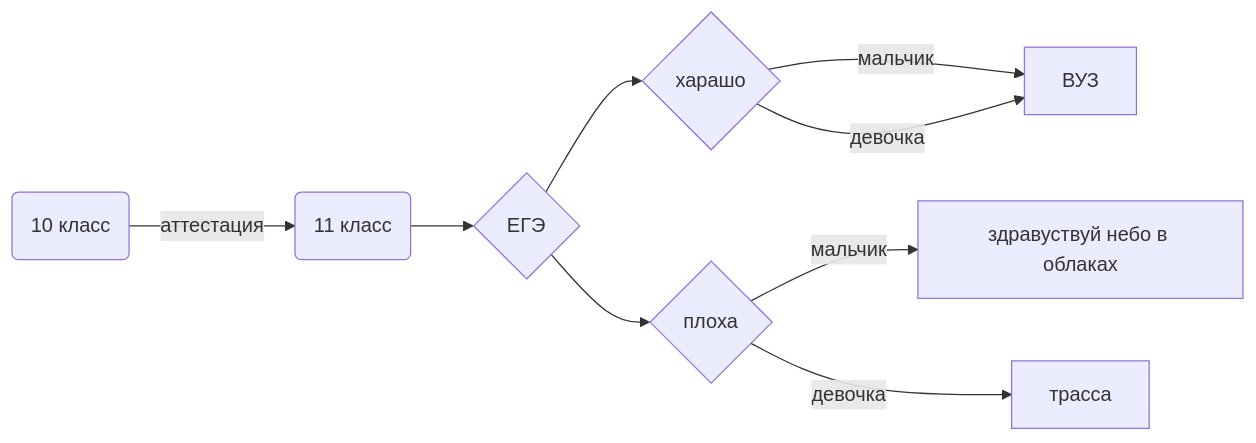
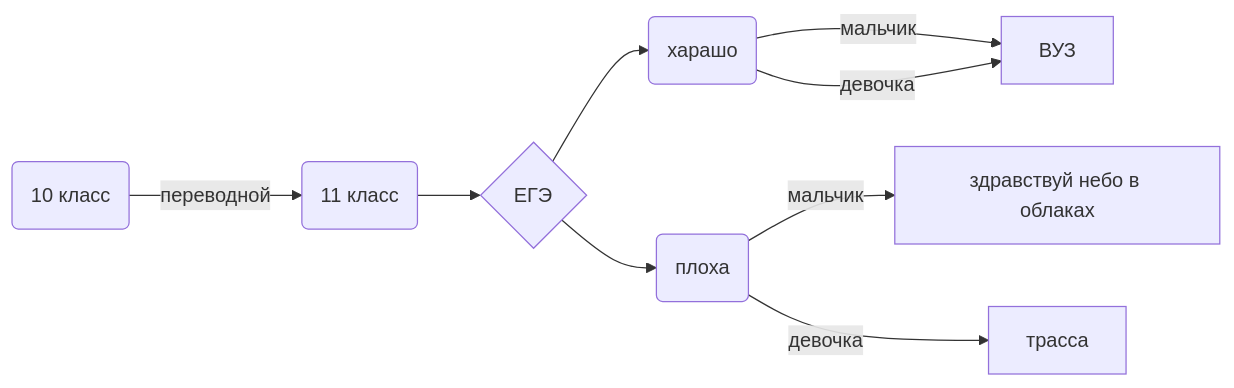
One commit to evgrfg/123456 changed the diagram in README.md. Above: the diagram before and after it, drawn with Mermaid.

````diff
--- a/README.md
+++ b/README.md
@@ -40,13 +40,13 @@
 ```mermaid
 
 flowchart LR
 
-A(10 класс) -->|аттестация| B(11 класс)
+A(10 класс) -->|переводной| B(11 класс)
 B --> C{ЕГЭ}
-C --> K{харашo} 
-C --> L{плоха} 
+C --> K(харашo) 
+C --> L(плоха) 
 K --> |мальчик| G[ВУЗ]
 K --> |девочка| G
-L --> |мальчик| Y[здравуствуй небо в облаках]
+L --> |мальчик| Y[здравствуй небо в облаках]
 L --> |девочка| D[трасса]
 ```
````
